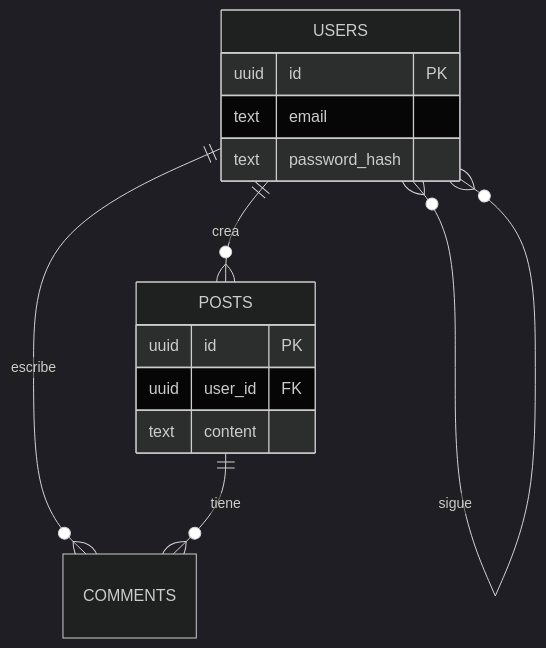
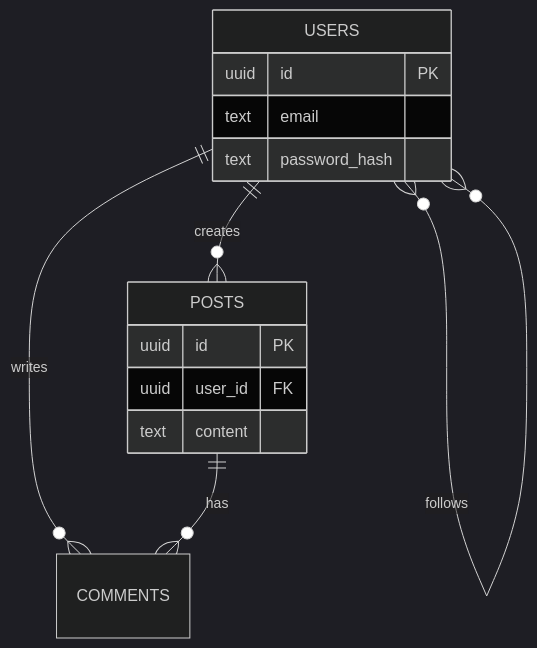
The diagram in plugins/vibecoding-docs/skills/vibecoding-docs/templates/05-backend-schema.md (SoftCollie/skills), drawn with Mermaid (dark theme) before and after one commit. The commit also changed other lines of this file and 19 other files, not shown here.

````diff
--- a/plugins/vibecoding-docs/skills/vibecoding-docs/templates/05-backend-schema.md
+++ b/plugins/vibecoding-docs/skills/vibecoding-docs/templates/05-backend-schema.md
@@ -33,17 +33,17 @@
 ```mermaid
 erDiagram
-  USERS ||--o{ POSTS : crea
-  USERS ||--o{ COMMENTS : escribe
-  POSTS ||--o{ COMMENTS : tiene
-  USERS }o--o{ USERS : sigue
+  USERS ||--o{ POSTS : creates
+  USERS ||--o{ COMMENTS : writes
+  POSTS ||--o{ COMMENTS : has
+  USERS }o--o{ USERS : follows
   USERS {
     uuid id PK
     text email
     text password_hash
   }
   POSTS {
     uuid id PK
     uuid user_id FK
     text content
   }
 ```
````
